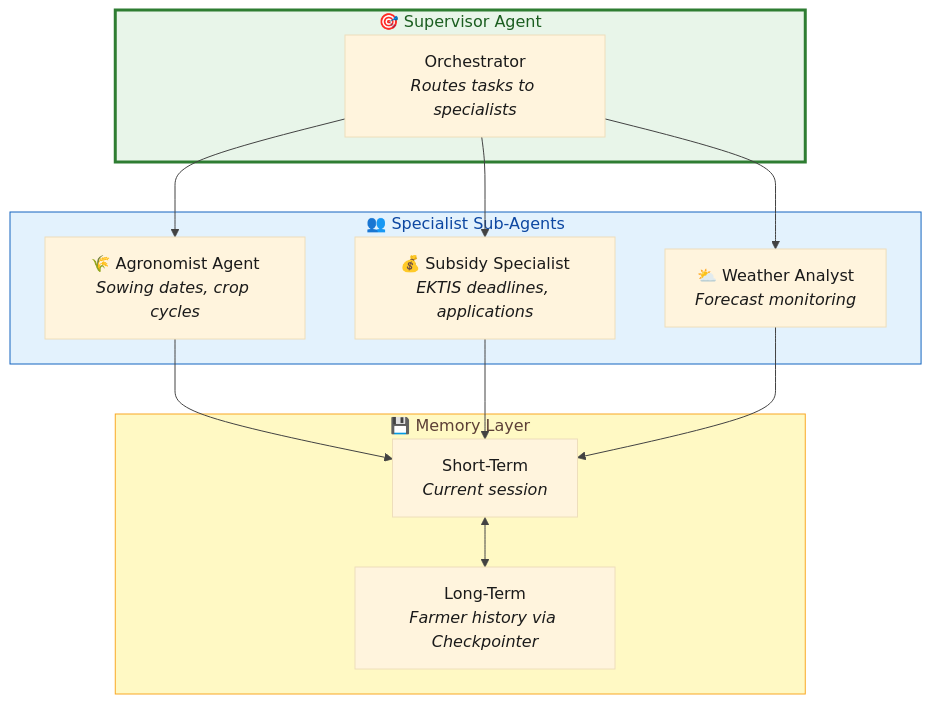
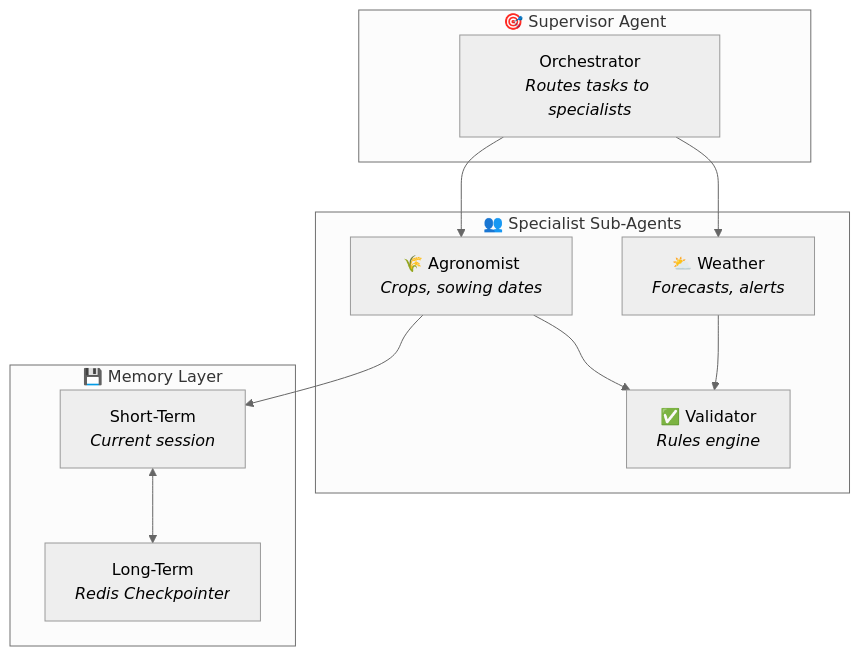
One commit to Px8Studio/yonja changed the fourth of 25 diagrams in docs/zekalab/03-ARCHITECTURE.md. Above: the diagram before and after it, drawn with Mermaid. The commit also changed other lines of this file and 15 other files, not shown here.

````diff
--- a/docs/zekalab/03-ARCHITECTURE.md
+++ b/docs/zekalab/03-ARCHITECTURE.md
@@ -136,30 +167,25 @@
 ```mermaid
-%%{init: {'theme': 'base', 'themeVariables': { 'primaryTextColor': '#1a1a1a', 'lineColor': '#424242'}}}%%
+%%{init: {'theme': 'neutral'}}%%
 graph TB
     subgraph supervisor["🎯 Supervisor Agent"]
         sup["Orchestrator<br/><i>Routes tasks to specialists</i>"]
     end
     
     subgraph specialists["👥 Specialist Sub-Agents"]
-        agro["🌾 Agronomist Agent<br/><i>Sowing dates, crop cycles</i>"]
-        subsidy["💰 Subsidy Specialist<br/><i>EKTIS deadlines, applications</i>"]
-        weather["⛅ Weather Analyst<br/><i>Forecast monitoring</i>"]
+        agro["🌾 Agronomist<br/><i>Crops, sowing dates</i>"]
+        weather["⛅ Weather<br/><i>Forecasts, alerts</i>"]
+        validator["✅ Validator<br/><i>Rules engine</i>"]
     end
     
     subgraph memory["💾 Memory Layer"]
         short["Short-Term<br/><i>Current session</i>"]
-        long["Long-Term<br/><i>Farmer history via Checkpointer</i>"]
+        long["Long-Term<br/><i>Redis Checkpointer</i>"]
     end
     
     sup --> agro
-    sup --> subsidy
     sup --> weather
+    agro --> validator
+    weather --> validator
     agro --> short
-    subsidy --> short
-    weather --> short
     short <--> long
-    
-    style supervisor fill:#e8f5e9,stroke:#2e7d32,stroke-width:3px,color:#1b5e20
-    style specialists fill:#e3f2fd,stroke:#1565c0,color:#0d47a1
-    style memory fill:#fff9c4,stroke:#f9a825,color:#5d4037
 ```
````
